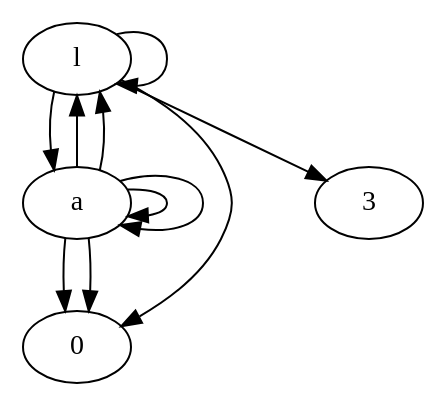
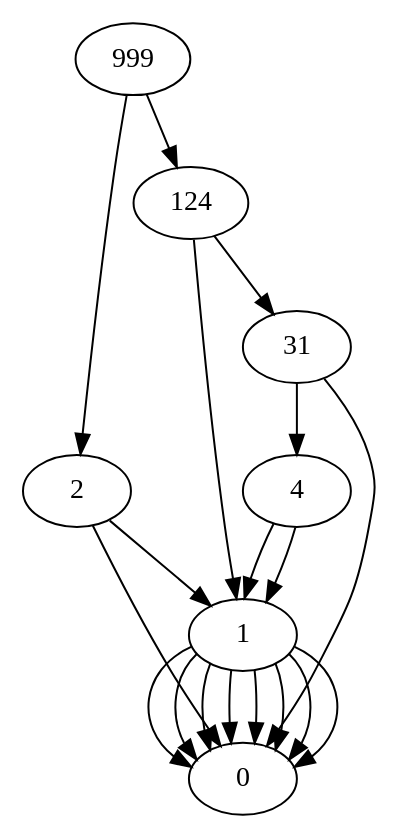
One commit to ptarau/Tree-based-Arithmetic-Systems-in-Python changed the diagram in treenums/Digraph.gv. Above: the diagram before and after it, drawn with Graphviz. The commit also changed 6 other files, not shown here.

```diff
--- a/treenums/Digraph.gv
+++ b/treenums/Digraph.gv
@@ -1,12 +1,20 @@
 digraph {
-	l -> l
-	l -> a
-	a -> a
-	a -> 0
-	a -> l
-	l -> 3
-	a -> a
-	a -> l
-	l -> 0
-	a -> 0
+	999 -> 2
+	2 -> 0
+	2 -> 1
+	1 -> 0
+	1 -> 0
+	999 -> 124
+	124 -> 1
+	1 -> 0
+	1 -> 0
+	124 -> 31
+	31 -> 4
+	4 -> 1
+	1 -> 0
+	1 -> 0
+	4 -> 1
+	1 -> 0
+	1 -> 0
+	31 -> 0
 }
```
